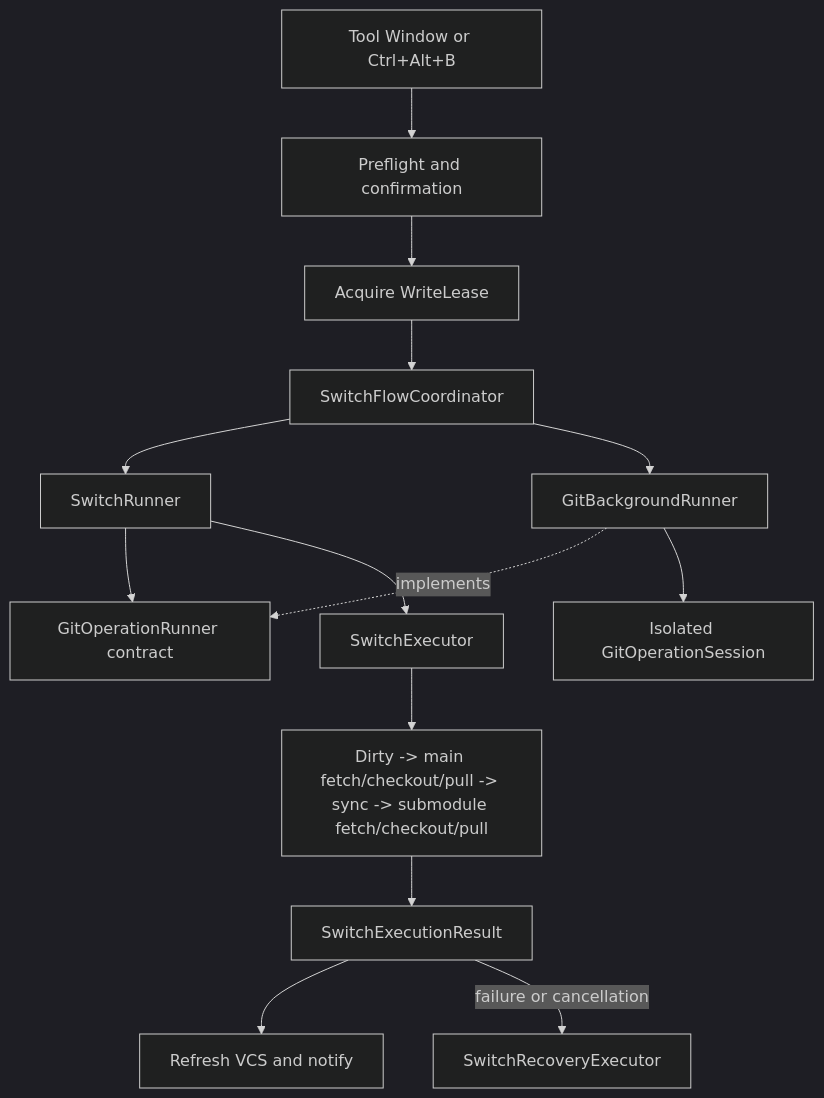
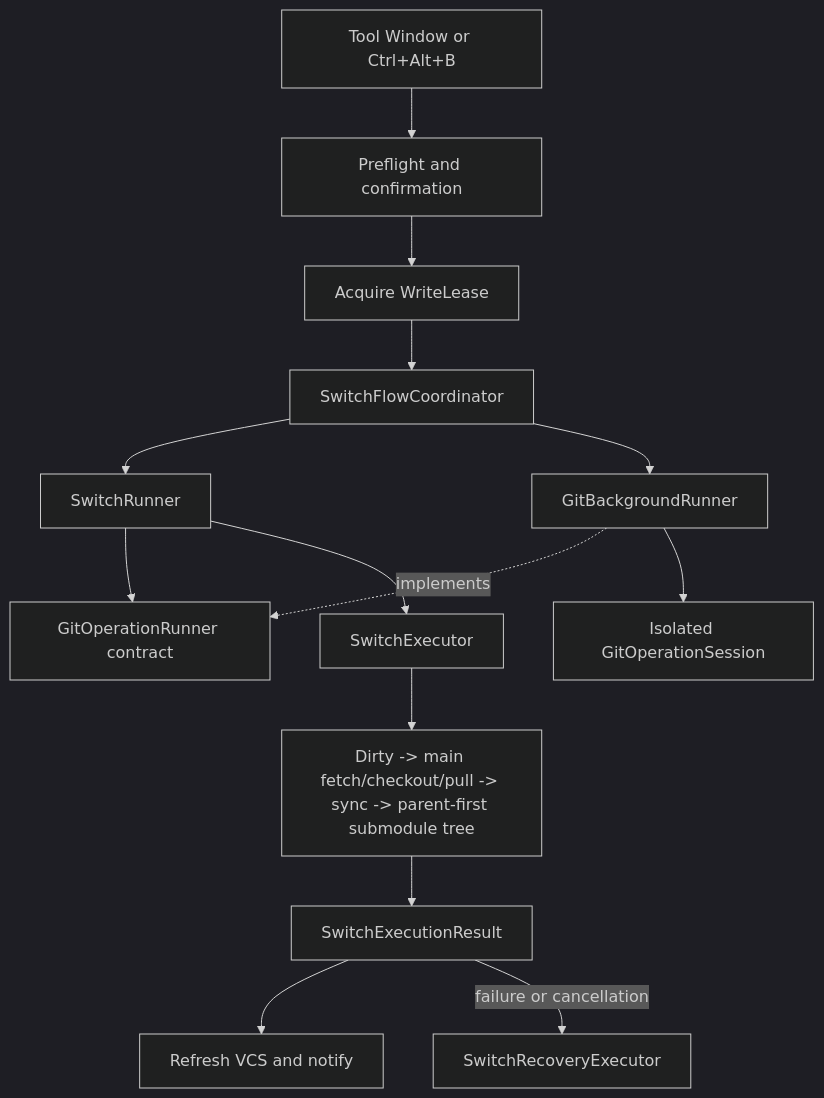
One commit to Tinyee/rider-branch-switcher changed the second of 2 diagrams in docs/ARCHITECTURE.md. Above: the diagram before and after it, drawn with Mermaid (dark theme). The commit also changed other lines of this file and 8 other files, not shown here.

Commit message:
refactor: switch nested submodules parent first

````diff
--- a/docs/ARCHITECTURE.md
+++ b/docs/ARCHITECTURE.md
@@ -112,16 +112,16 @@
 ```mermaid
 flowchart TD
     Entry["Tool Window or Ctrl+Alt+B"] --> Preflight["Preflight and confirmation"]
     Preflight --> Lease["Acquire WriteLease"]
     Lease --> Flow["SwitchFlowCoordinator"]
     Flow --> Runner["SwitchRunner"]
     Flow --> Background["GitBackgroundRunner"]
     Runner --> Boundary["GitOperationRunner contract"]
     Background -. implements .-> Boundary
     Background --> Session["Isolated GitOperationSession"]
     Runner --> Executor["SwitchExecutor"]
-    Executor --> Steps["Dirty -> main fetch/checkout/pull -> sync -> submodule fetch/checkout/pull"]
+    Executor --> Steps["Dirty -> main fetch/checkout/pull -> sync -> parent-first submodule tree"]
     Steps --> Result["SwitchExecutionResult"]
     Result --> Notify["Refresh VCS and notify"]
     Result -->|failure or cancellation| Recovery["SwitchRecoveryExecutor"]
 ```
````
